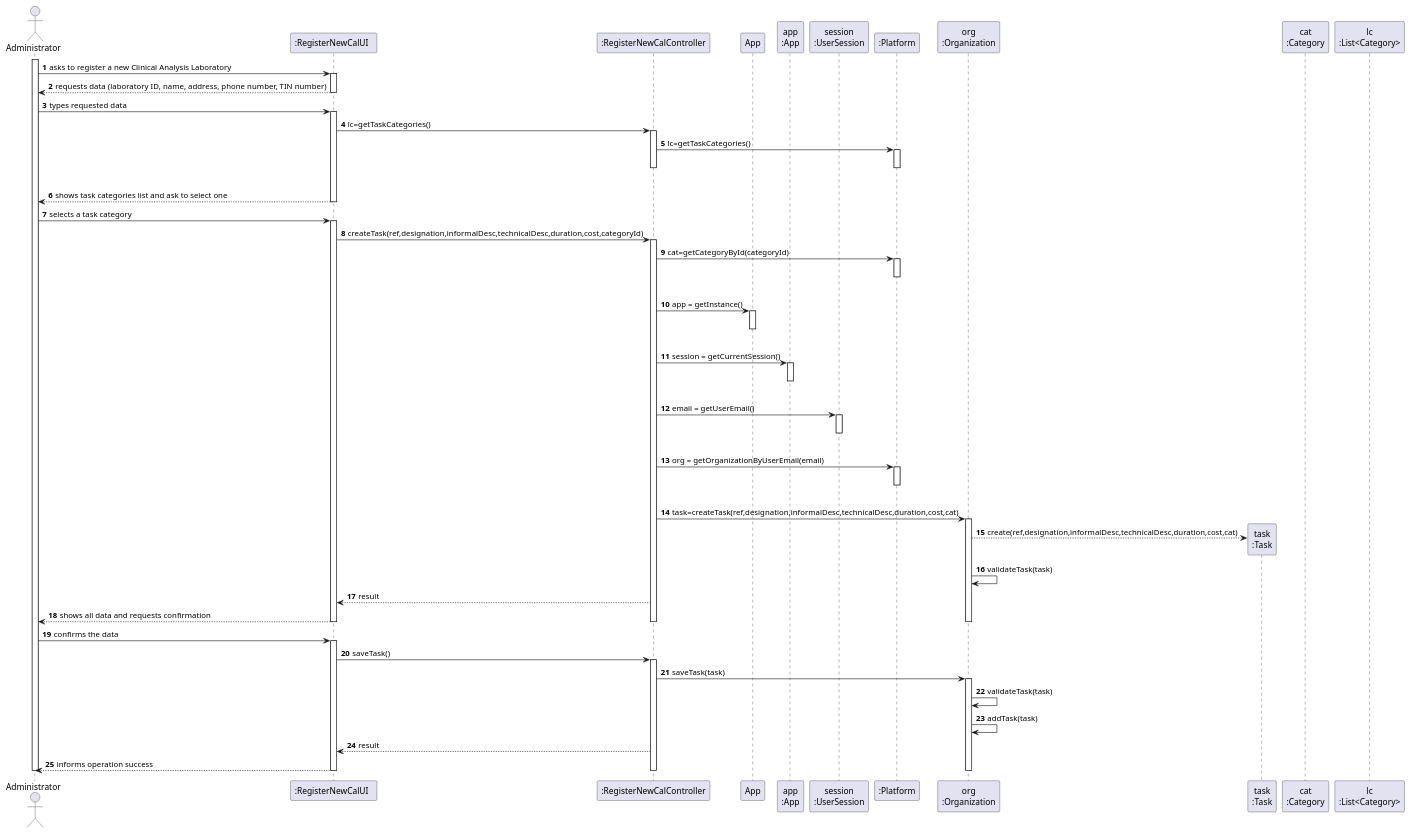
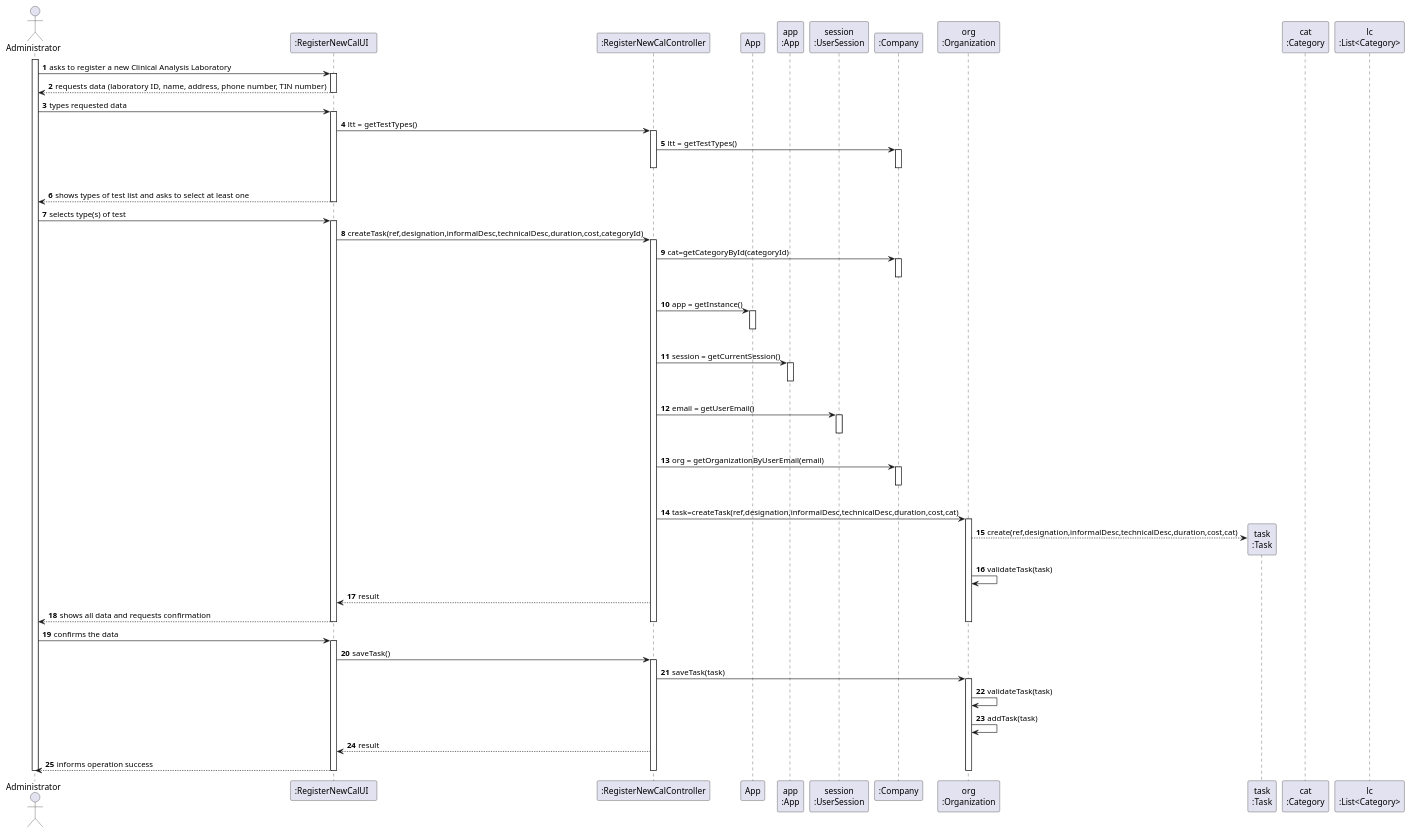
The diagram in docs/SprintB/US_8/US8_SD.puml (ana-albergaria/LAPR2-ISEP), drawn with PlantUML before and after one commit. The commit also changed 1 other file, not shown here.

```diff
--- a/docs/SprintB/US_8/US8_SD.puml
+++ b/docs/SprintB/US_8/US8_SD.puml
@@ -1,106 +1,107 @@
 @startuml
 autonumber
 'hide footbox
 actor "Administrator" as ADM
 
 participant ":RegisterNewCalUI  " as UI
 participant ":RegisterNewCalController" as CTRL
 participant "App" as _APP
 participant "app\n:App" as APP
 participant "session\n:UserSession" as SESSAO
-participant ":Platform" as PLAT
+participant ":Company" as PLAT
+/'participant ":Platform" as PLAT'/
 participant "org\n:Organization" as ORG
 participant "task\n:Task" as TAREFA
 participant "cat\n:Category" as CAT
 participant "lc\n:List<Category>" as LIST_CAT
 
 activate ADM
 ADM -> UI : asks to register a new Clinical Analysis Laboratory
 activate UI
 UI --> ADM : requests data (laboratory ID, name, address, phone number, TIN number)
 deactivate UI
 
 ADM -> UI : types requested data
 activate UI
 
 /'ESTOU AQUI'/
 
-UI -> CTRL : lc=getTaskCategories()
+UI -> CTRL : ltt = getTestTypes()
 activate CTRL
 
-CTRL -> PLAT : lc=getTaskCategories()
+CTRL -> PLAT : ltt = getTestTypes()
 activate PLAT
 |||
 deactivate PLAT
 deactivate CTRL
 
-UI --> ADM : shows task categories list and ask to select one
+UI --> ADM : shows types of test list and asks to select at least one
 deactivate PLAT
 deactivate UI
 
-ADM -> UI : selects a task category
+ADM -> UI : selects type(s) of test
 activate UI
 
 UI -> CTRL : createTask(ref,designation,informalDesc,technicalDesc,duration,cost,categoryId)
 activate CTRL
 
 CTRL -> PLAT : cat=getCategoryById(categoryId)
 activate PLAT
 |||
 deactivate PLAT
 
 CTRL -> _APP: app = getInstance()
 activate _APP
 |||
 deactivate _APP
 
 CTRL -> APP: session = getCurrentSession()
 activate APP
 |||
 deactivate APP
 
 CTRL -> SESSAO: email = getUserEmail()
 activate SESSAO
 |||
 deactivate SESSAO
 
 CTRL -> PLAT: org = getOrganizationByUserEmail(email)
 activate PLAT
 |||
 deactivate PLAT
 
 CTRL -> ORG: task=createTask(ref,designation,informalDesc,technicalDesc,duration,cost,cat)
 activate ORG
 
 ORG --> TAREFA**: create(ref,designation,informalDesc,technicalDesc,duration,cost,cat)
 ORG -> ORG: validateTask(task)
 
 CTRL --> UI: result
 
 UI --> ADM: shows all data and requests confirmation
 deactivate ORG
 deactivate PLAT
 deactivate CTRL
 deactivate UI
 
 ADM -> UI : confirms the data
 activate UI
 UI -> CTRL : saveTask()
 activate CTRL
 
 CTRL -> ORG : saveTask(task)
 activate ORG
 
 ORG -> ORG: validateTask(task)
 ORG -> ORG: addTask(task)
 
 CTRL --> UI: result
 
 UI --> ADM : informs operation success
 deactivate ORG
 deactivate CTRL
 deactivate UI
 
 deactivate ADM
 
 @enduml
```
